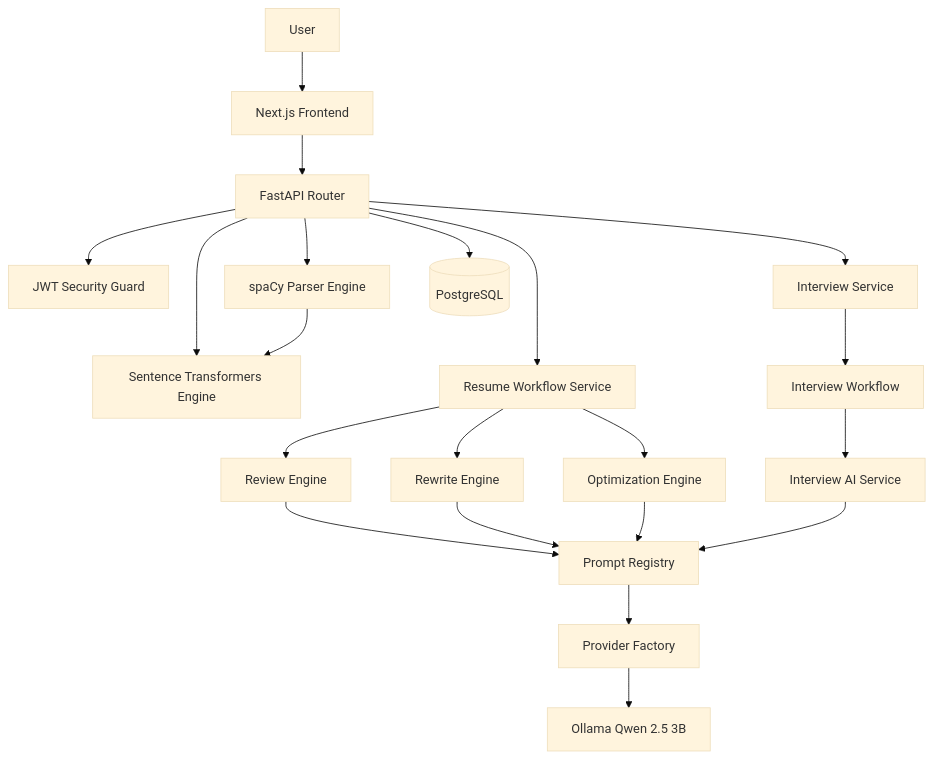
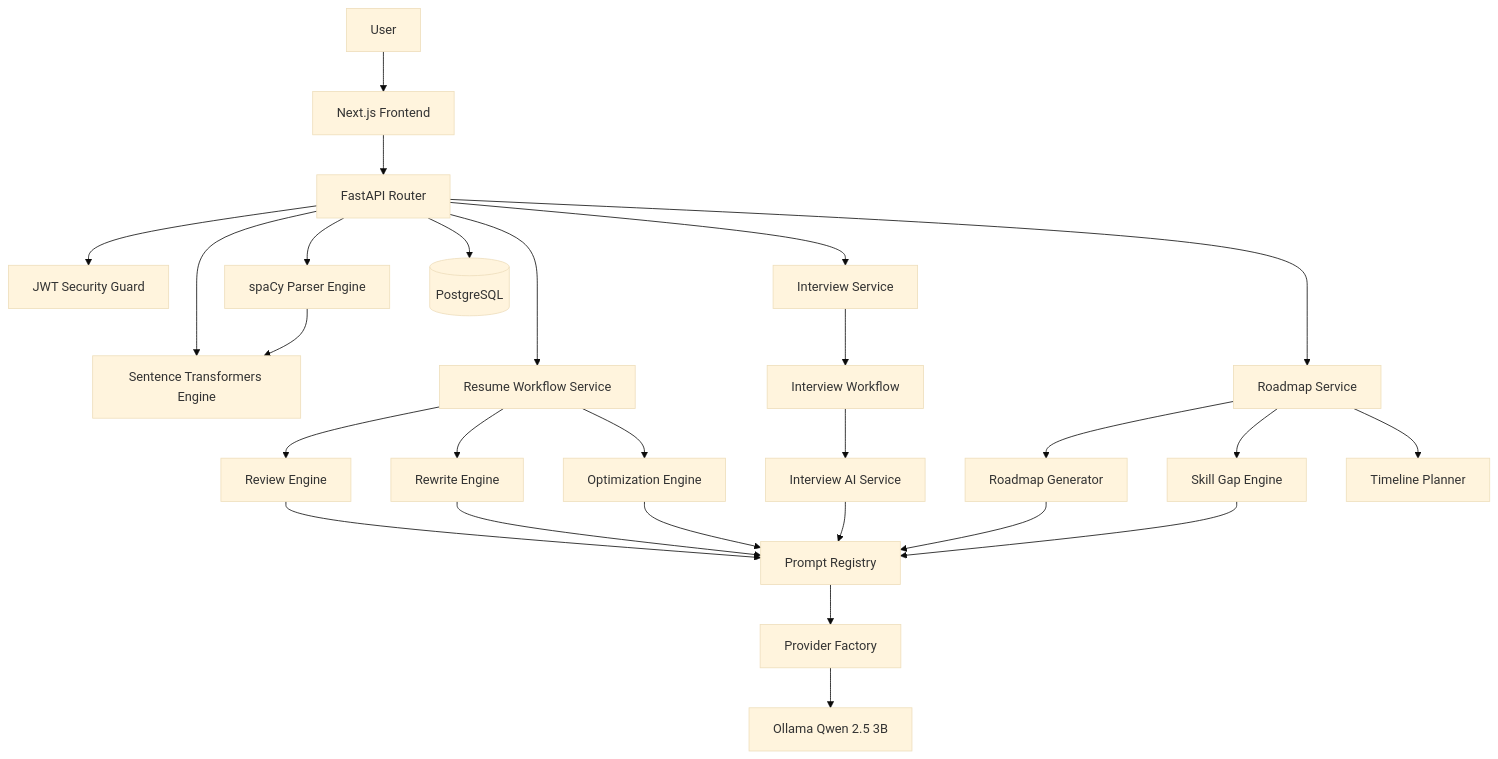
Before and after one commit to Dipakk7/Scorelia: the diagram in README.md, drawn with Mermaid (base theme). The commit also changed other lines of this file and 48 other files, not shown here.

Commit message:
feat(roadmap): complete AI Career Roadmap module

````diff
--- a/README.md
+++ b/README.md
@@ -57,30 +57,37 @@
 ```mermaid
 graph TD
     User[User] --> Frontend[Next.js Frontend]
     Frontend --> API[FastAPI Router]
 
     API --> Auth[JWT Security Guard]
     API --> Parser[spaCy Parser Engine]
     API --> Embedding[Sentence Transformers Engine]
     API --> Workflow[Resume Workflow Service]
     API --> Interview[Interview Service]
+    API --> Roadmap[Roadmap Service]
 
     Parser --> Embedding
 
     Workflow --> Review[Review Engine]
     Workflow --> Rewrite[Rewrite Engine]
     Workflow --> Optimize[Optimization Engine]
 
     Review --> Registry[Prompt Registry]
     Rewrite --> Registry
     Optimize --> Registry
 
     Interview --> InterviewWorkflow[Interview Workflow]
     InterviewWorkflow --> InterviewAI[Interview AI Service]
     InterviewAI --> Registry
 
+    Roadmap --> RoadmapGen[Roadmap Generator]
+    Roadmap --> SkillGap[Skill Gap Engine]
+    Roadmap --> Timeline[Timeline Planner]
+    RoadmapGen --> Registry
+    SkillGap --> Registry
+
     Registry --> Factory[Provider Factory]
     Factory --> Ollama[Ollama Qwen 2.5 3B]
 
     API --> DB[(PostgreSQL)]
 ```
````
